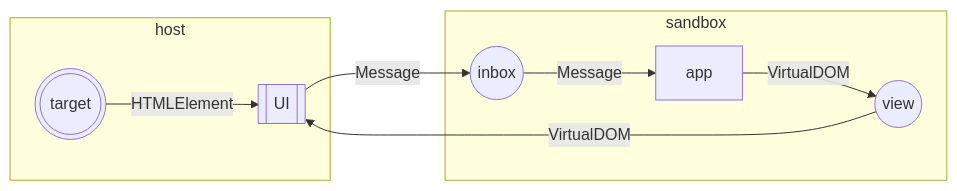
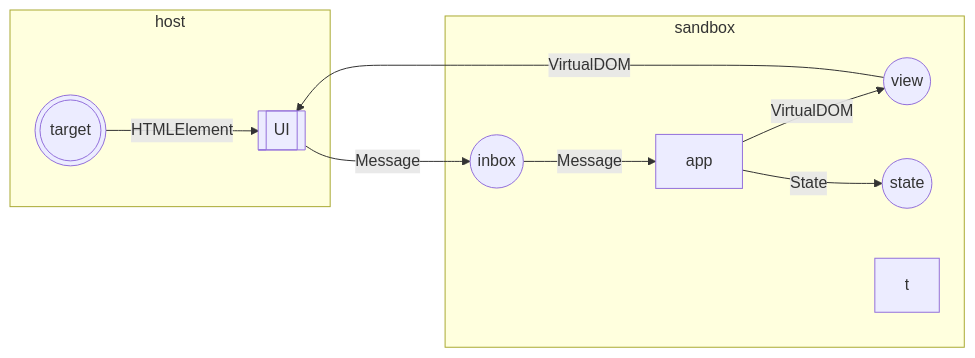
The diagram in journals/2024_06_14.md (Gozala/workspace), drawn with Mermaid before and after one commit.

Commit message:
Auto saved by Logseq

````diff
--- a/journals/2024_06_14.md
+++ b/journals/2024_06_14.md
@@ -7,18 +7,21 @@
   ```mermaid
   flowchart LR
   target(((target)))
   view((view))
   inbox((inbox))
+  state((state))
   UI[[UI]]
   app[app]
   
   subgraph host
   target -- HTMLElement --> UI
   end
   subgraph sandbox
   view -- VirtualDOM --> UI
   UI -- Message --> inbox 
   inbox -- Message --> app
   app -- VirtualDOM --> view
+  app -- State --> state
+  t
   end
   ```
````
